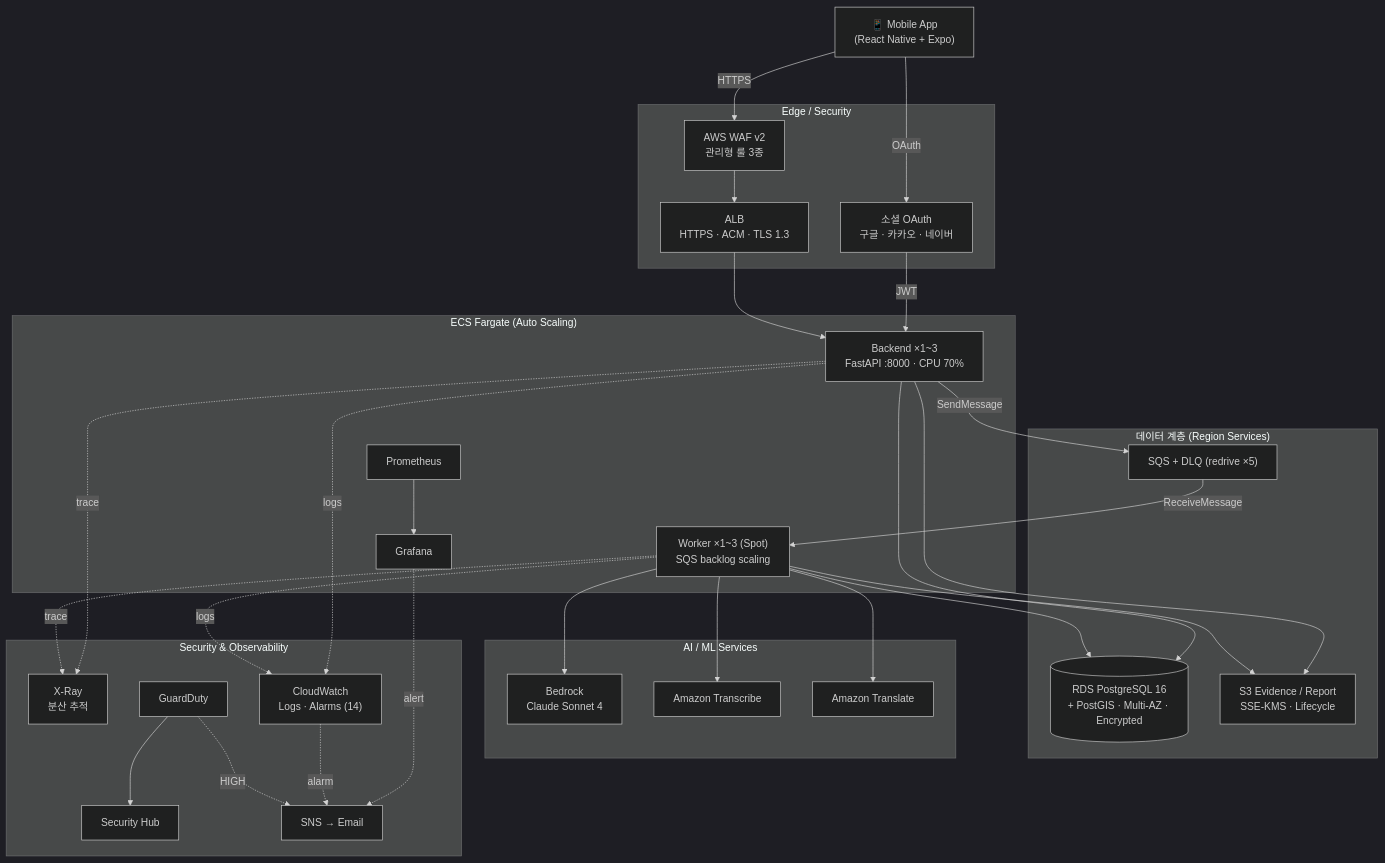
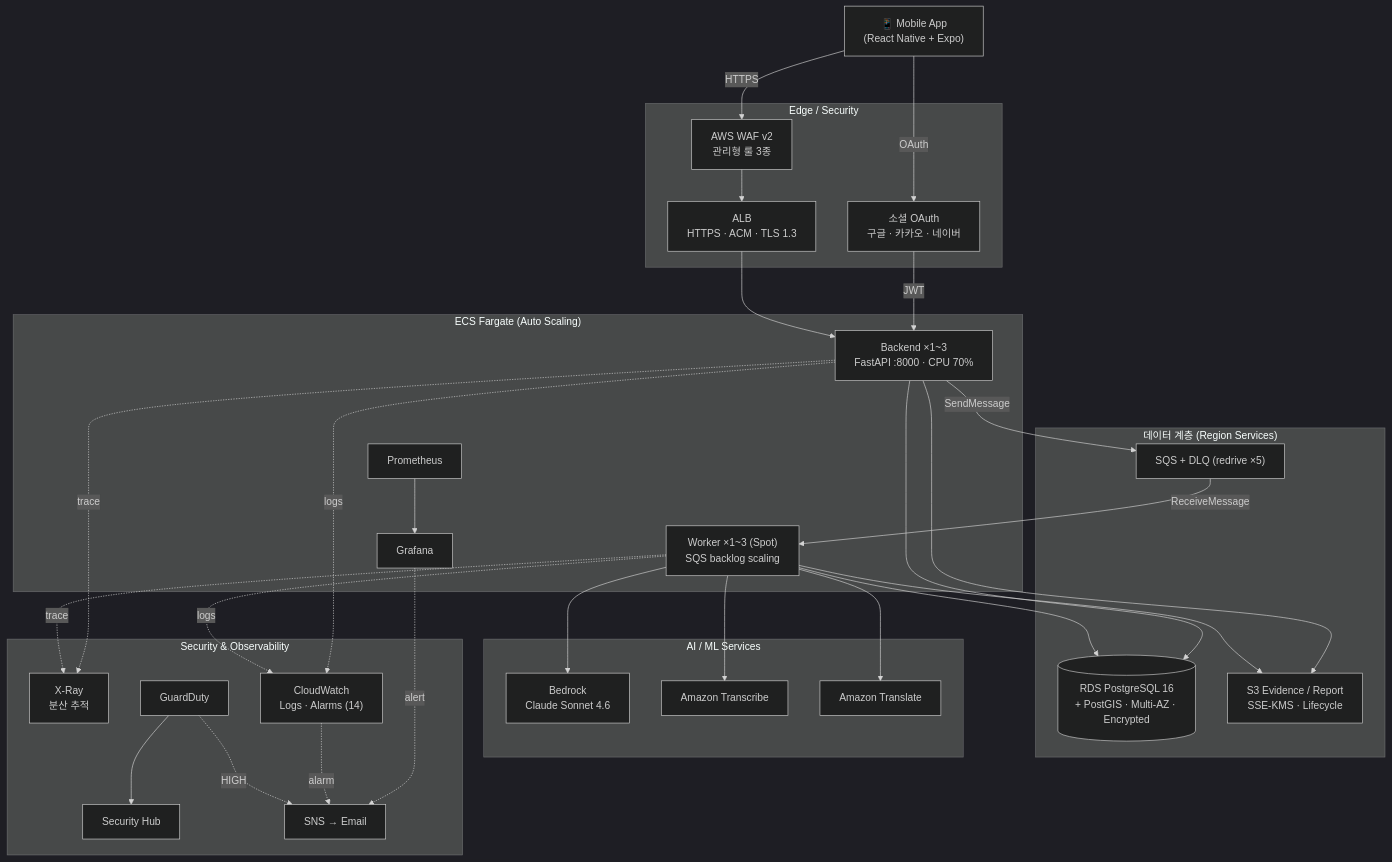
Before and after one commit to AWS13th-Final-Project-BADA/BADA: the first of 2 diagrams in README.md, drawn with Mermaid (dark theme). The commit also changed other lines of this file, not shown here.

````diff
--- a/README.md
+++ b/README.md
@@ -73,64 +74,64 @@
 ```mermaid
 flowchart TB
     Mobile["📱 Mobile App\n(React Native + Expo)"]
 
     subgraph Edge["Edge / Security"]
         WAF["AWS WAF v2\n관리형 룰 3종"]
         ALB["ALB\nHTTPS · ACM · TLS 1.3"]
         OAuth["소셜 OAuth\n구글 · 카카오 · 네이버"]
     end
 
     subgraph Compute["ECS Fargate (Auto Scaling)"]
         Backend["Backend ×1~3\nFastAPI :8000 · CPU 70%"]
         Worker["Worker ×1~3 (Spot)\nSQS backlog scaling"]
         Prom["Prometheus"]
         Graf["Grafana"]
     end
 
     subgraph Data["데이터 계층 (Region Services)"]
         RDS[("RDS PostgreSQL 16\n+ PostGIS · Multi-AZ · Encrypted")]
         S3["S3 Evidence / Report\nSSE-KMS · Lifecycle"]
         SQS["SQS + DLQ (redrive ×5)"]
     end
 
     subgraph AI["AI / ML Services"]
-        Bedrock["Bedrock\nClaude Sonnet 4"]
+        Bedrock["Bedrock\nClaude Sonnet 4.6"]
         Transcribe["Amazon Transcribe"]
         Translate["Amazon Translate"]
     end
 
     subgraph SecObs["Security & Observability"]
         XRay["X-Ray\n분산 추적"]
         Guard["GuardDuty"]
         SecHub["Security Hub"]
         CW["CloudWatch\nLogs · Alarms (14)"]
         SNS["SNS → Email"]
     end
 
     Mobile -->|HTTPS| WAF
     WAF --> ALB
     Mobile -->|OAuth| OAuth
     OAuth -->|JWT| Backend
     ALB --> Backend
 
     Backend --> RDS
     Backend --> S3
     Backend -->|SendMessage| SQS
 
     SQS -->|ReceiveMessage| Worker
     Worker --> Bedrock
     Worker --> Transcribe
     Worker --> Translate
     Worker --> RDS
     Worker --> S3
 
     Backend -.->|trace| XRay
     Worker -.->|trace| XRay
     Backend -.->|logs| CW
     Worker -.->|logs| CW
     Prom --> Graf
     Graf -.->|alert| SNS
     CW -.->|alarm| SNS
     Guard --> SecHub
     Guard -.->|HIGH| SNS
 ```
````
